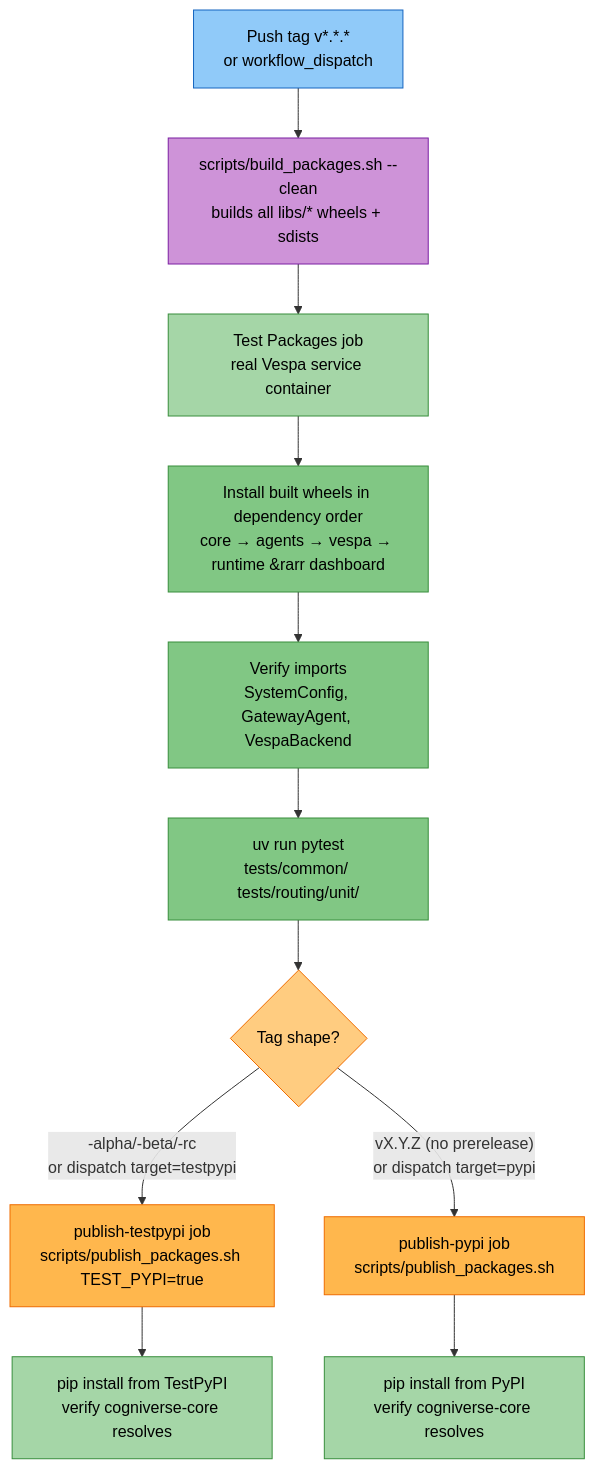
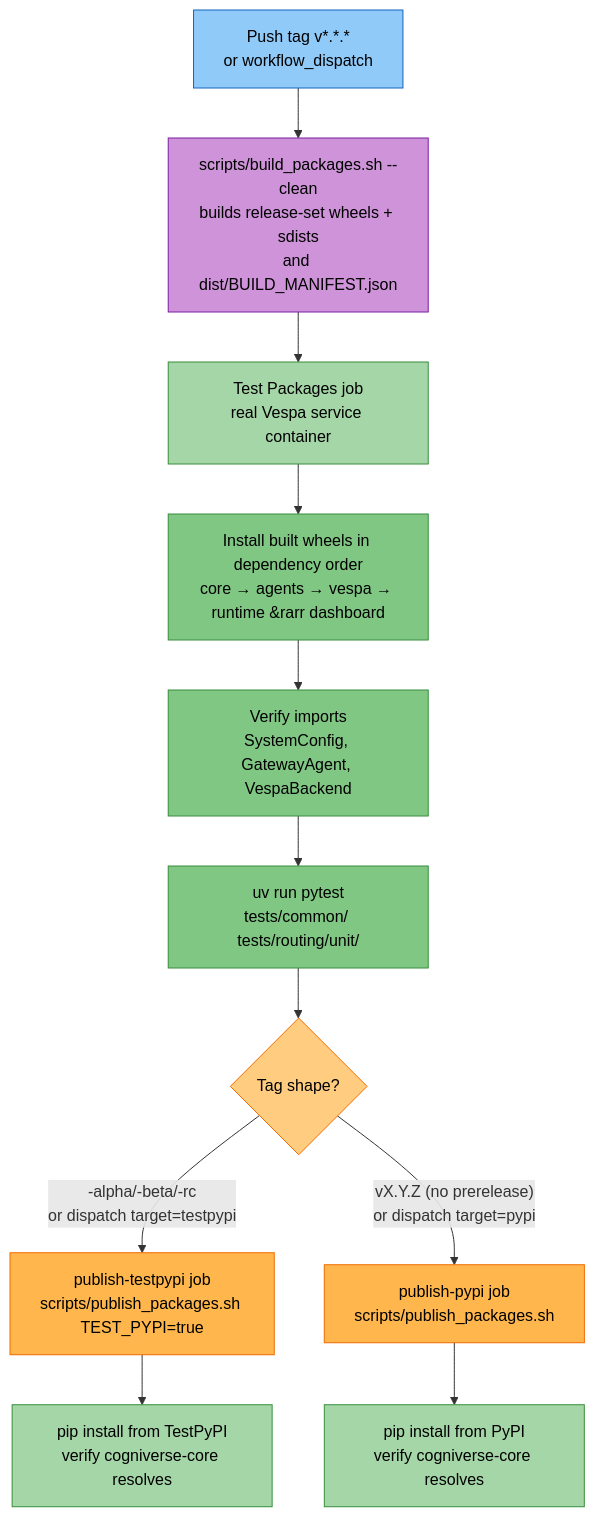
Diagram 24 of 25 in docs/architecture/system-flows.md (amit-jain/cogniverse), drawn with Mermaid before and after one commit. The commit also changed other lines of this file and 1 other file, not shown here.

Commit message:
Describe the release package set in the scripts and flow docs
build_packages.sh builds the five published packages plus their internal
dependencies and writes dist/BUILD_MANIFEST.json through
scripts/release_manifest.py; it does not build the whole workspace.

````diff
--- a/docs/architecture/system-flows.md
+++ b/docs/architecture/system-flows.md
@@ -1065,29 +1065,29 @@
 ```mermaid
 flowchart TB
-    Tag[<span style='color:#000'>Push tag v*.*.*<br/>or workflow_dispatch</span>] --> Build[<span style='color:#000'>scripts/build_packages.sh --clean<br/>builds all libs/* wheels + sdists</span>]
+    Tag[<span style='color:#000'>Push tag v*.*.*<br/>or workflow_dispatch</span>] --> Build[<span style='color:#000'>scripts/build_packages.sh --clean<br/>builds release-set wheels + sdists<br/>and dist/BUILD_MANIFEST.json</span>]
 
     Build --> TestJob[<span style='color:#000'>Test Packages job<br/>real Vespa service container</span>]
     TestJob --> Install[<span style='color:#000'>Install built wheels in dependency order<br/>core &rarr; agents &rarr; vespa &rarr; runtime &rarr; dashboard</span>]
     Install --> VerifyImports[<span style='color:#000'>Verify imports<br/>SystemConfig, GatewayAgent, VespaBackend</span>]
     VerifyImports --> RunTests[<span style='color:#000'>uv run pytest<br/>tests/common/ tests/routing/unit/</span>]
 
     RunTests --> TagShape{<span style='color:#000'>Tag shape?</span>}
 
     TagShape -->|"-alpha/-beta/-rc<br/>or dispatch target=testpypi"| TestPyPI[<span style='color:#000'>publish-testpypi job<br/>scripts/publish_packages.sh TEST_PYPI=true</span>]
     TagShape -->|"vX.Y.Z (no prerelease)<br/>or dispatch target=pypi"| PyPI[<span style='color:#000'>publish-pypi job<br/>scripts/publish_packages.sh</span>]
 
     TestPyPI --> VerifyInstallTest[<span style='color:#000'>pip install from TestPyPI<br/>verify cogniverse-core resolves</span>]
     PyPI --> VerifyInstallProd[<span style='color:#000'>pip install from PyPI<br/>verify cogniverse-core resolves</span>]
 
     style Tag fill:#90caf9,stroke:#1565c0,color:#000
     style Build fill:#ce93d8,stroke:#7b1fa2,color:#000
     style TestJob fill:#a5d6a7,stroke:#388e3c,color:#000
     style Install fill:#81c784,stroke:#388e3c,color:#000
     style VerifyImports fill:#81c784,stroke:#388e3c,color:#000
     style RunTests fill:#81c784,stroke:#388e3c,color:#000
     style TagShape fill:#ffcc80,stroke:#ef6c00,color:#000
     style TestPyPI fill:#ffb74d,stroke:#ef6c00,color:#000
     style PyPI fill:#ffb74d,stroke:#ef6c00,color:#000
     style VerifyInstallTest fill:#a5d6a7,stroke:#388e3c,color:#000
     style VerifyInstallProd fill:#a5d6a7,stroke:#388e3c,color:#000
 ```
````
